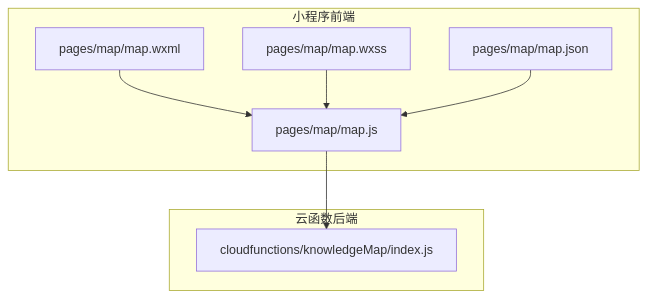
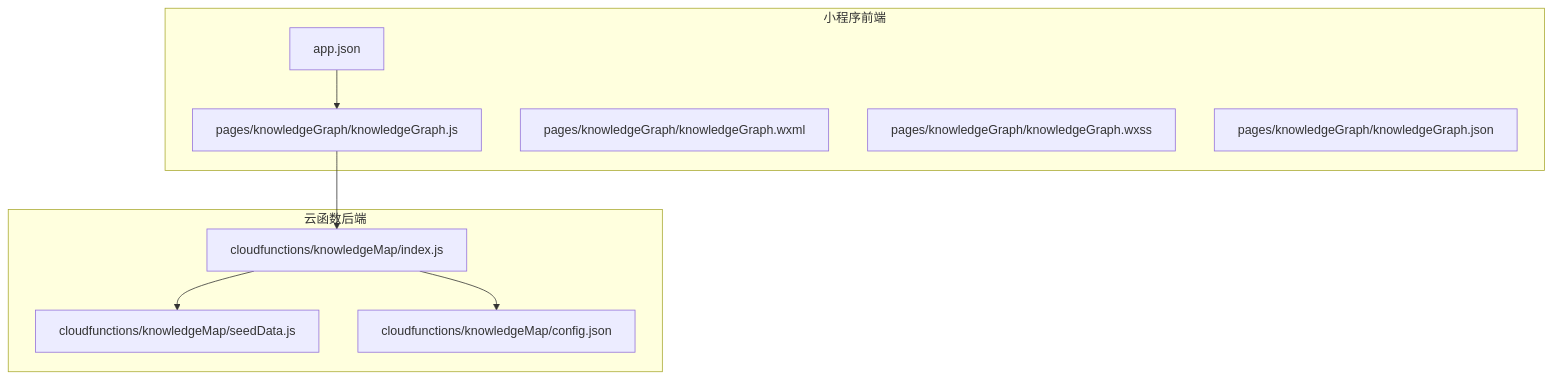
Before and after one commit to cwb7756/bio: the first of 5 diagrams in .qoder/repowiki/zh/content/UI组件库/知识图谱可视化组件.md, drawn with Mermaid. The commit also changed other lines of this file and 14 other files, not shown here.

First line of the commit message:
feat(knowledgeMap): 增强知识图谱功能，新增种子数据生成器

````diff
--- a/.qoder/repowiki/zh/content/UI组件库/知识图谱可视化组件.md
+++ b/.qoder/repowiki/zh/content/UI组件库/知识图谱可视化组件.md
@@ -32,16 +36,19 @@
 ```mermaid
 graph TB
 subgraph "小程序前端"
-A["pages/map/map.js"]
-B["pages/map/map.wxml"]
-C["pages/map/map.wxss"]
-D["pages/map/map.json"]
+A["pages/knowledgeGraph/knowledgeGraph.js"]
+B["pages/knowledgeGraph/knowledgeGraph.wxml"]
+C["pages/knowledgeGraph/knowledgeGraph.wxss"]
+D["pages/knowledgeGraph/knowledgeGraph.json"]
+E["app.json"]
 end
 subgraph "云函数后端"
-E["cloudfunctions/knowledgeMap/index.js"]
+F["cloudfunctions/knowledgeMap/index.js"]
+G["cloudfunctions/knowledgeMap/seedData.js"]
+H["cloudfunctions/knowledgeMap/config.json"]
 end
-A --> E
-B --> A
-C --> A
-D --> A
+E --> A
+A --> F
+F --> G
+F --> H
 ```
````
